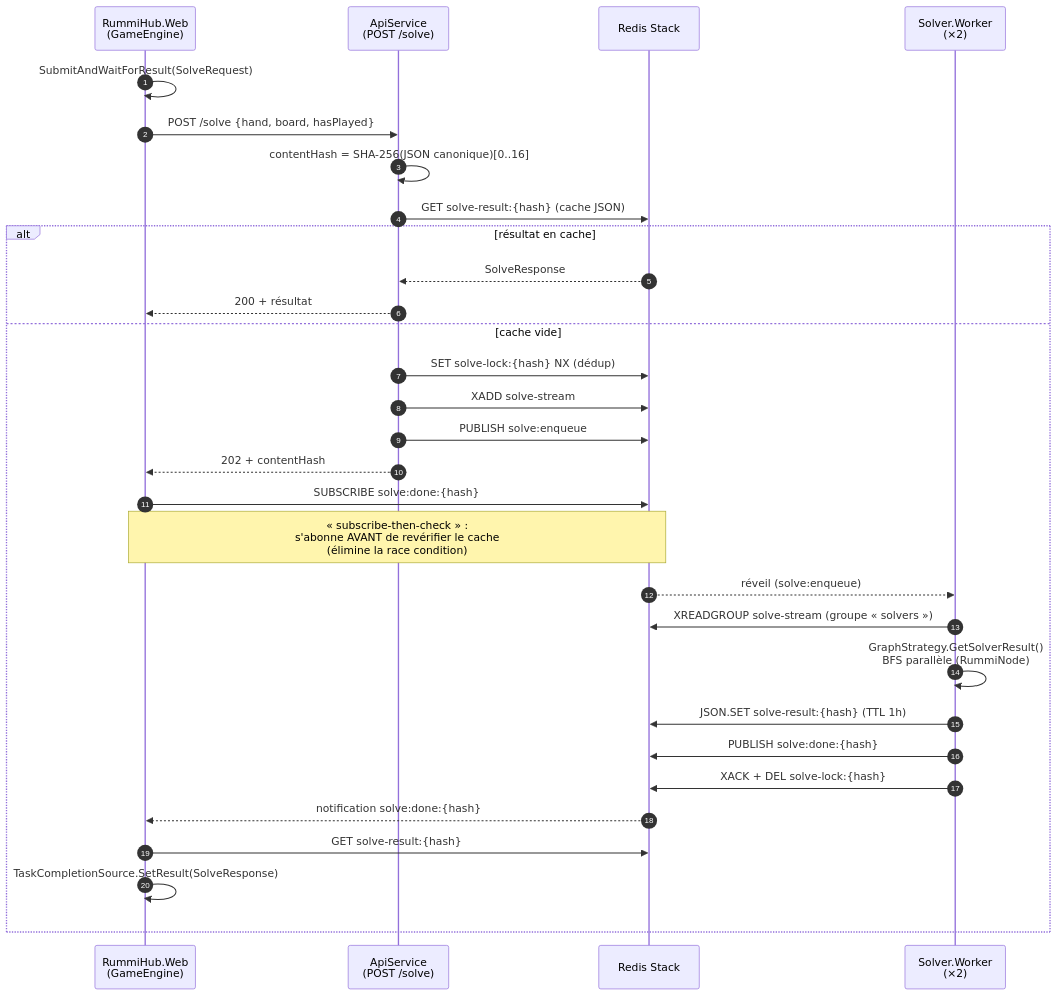
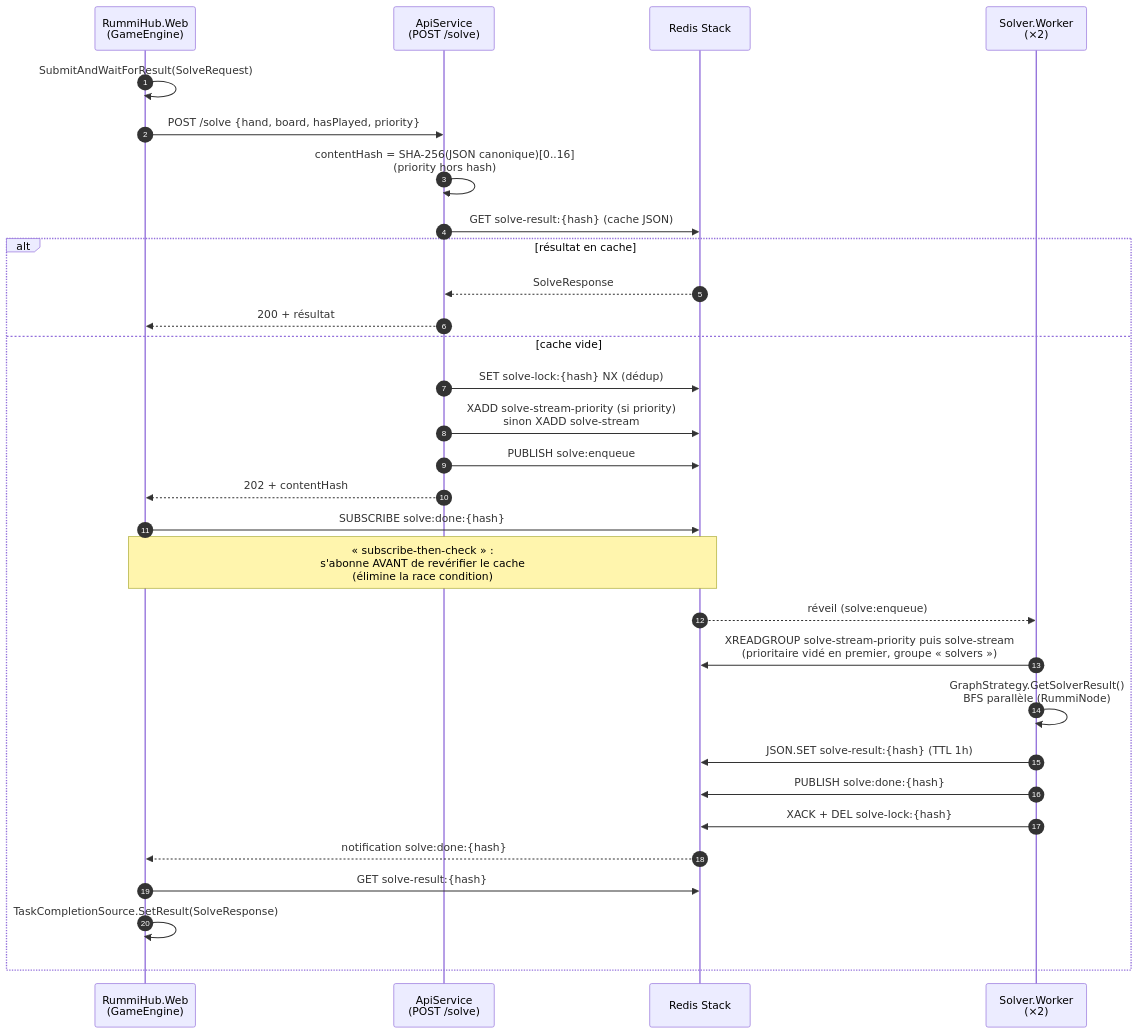
Before and after one commit to AntoineRevel/RummiHub: the second of 2 diagrams in docs/architecture.md, drawn with Mermaid. The commit also changed other lines of this file and 7 other files, not shown here.

````diff
--- a/docs/architecture.md
+++ b/docs/architecture.md
@@ -73,33 +76,33 @@
 ```mermaid
 sequenceDiagram
     autonumber
     participant W as RummiHub.Web<br/>(GameEngine)
     participant A as ApiService<br/>(POST /solve)
     participant R as Redis Stack
     participant K as Solver.Worker<br/>(×2)
 
     W->>W: SubmitAndWaitForResult(SolveRequest)
-    W->>A: POST /solve {hand, board, hasPlayed}
-    A->>A: contentHash = SHA-256(JSON canonique)[0..16]
+    W->>A: POST /solve {hand, board, hasPlayed, priority}
+    A->>A: contentHash = SHA-256(JSON canonique)[0..16]<br/>(priority hors hash)
     A->>R: GET solve-result:{hash} (cache JSON)
     alt résultat en cache
         R-->>A: SolveResponse
         A-->>W: 200 + résultat
     else cache vide
         A->>R: SET solve-lock:{hash} NX (dédup)
-        A->>R: XADD solve-stream
+        A->>R: XADD solve-stream-priority (si priority)<br/>sinon XADD solve-stream
         A->>R: PUBLISH solve:enqueue
         A-->>W: 202 + contentHash
         W->>R: SUBSCRIBE solve:done:{hash}
         Note over W,R: « subscribe-then-check » :<br/>s'abonne AVANT de revérifier le cache<br/>(élimine la race condition)
         R-->>K: réveil (solve:enqueue)
-        K->>R: XREADGROUP solve-stream (groupe « solvers »)
+        K->>R: XREADGROUP solve-stream-priority puis solve-stream<br/>(prioritaire vidé en premier, groupe « solvers »)
         K->>K: GraphStrategy.GetSolverResult()<br/>BFS parallèle (RummiNode)
         K->>R: JSON.SET solve-result:{hash} (TTL 1h)
         K->>R: PUBLISH solve:done:{hash}
         K->>R: XACK + DEL solve-lock:{hash}
         R-->>W: notification solve:done:{hash}
         W->>R: GET solve-result:{hash}
         W->>W: TaskCompletionSource.SetResult(SolveResponse)
     end
 ```
````
